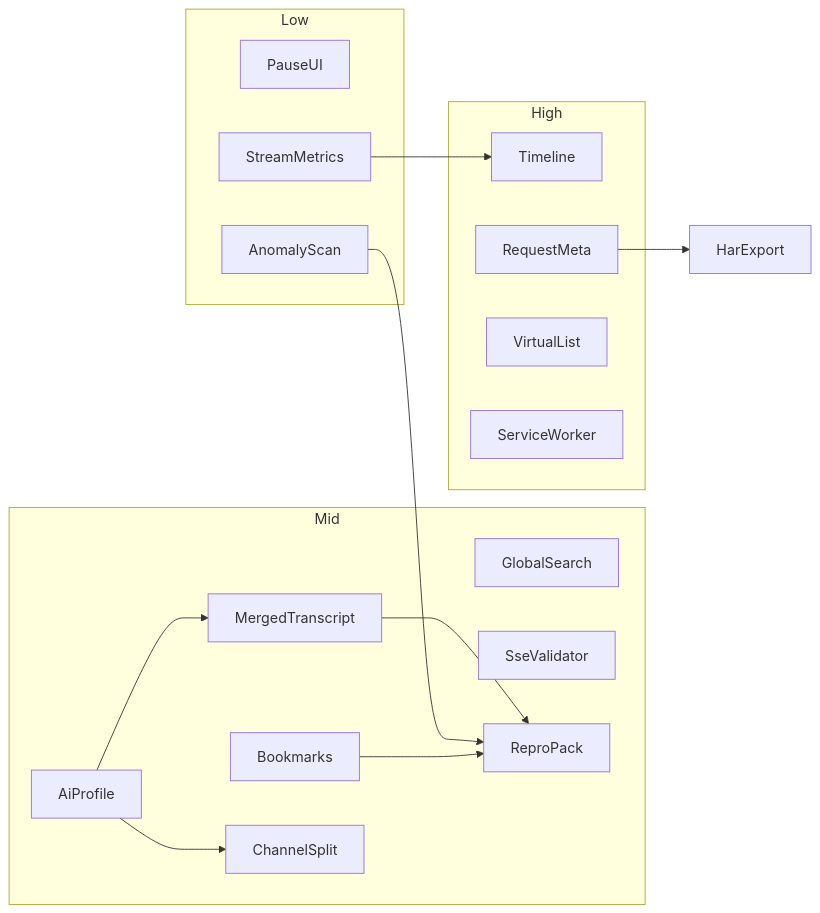
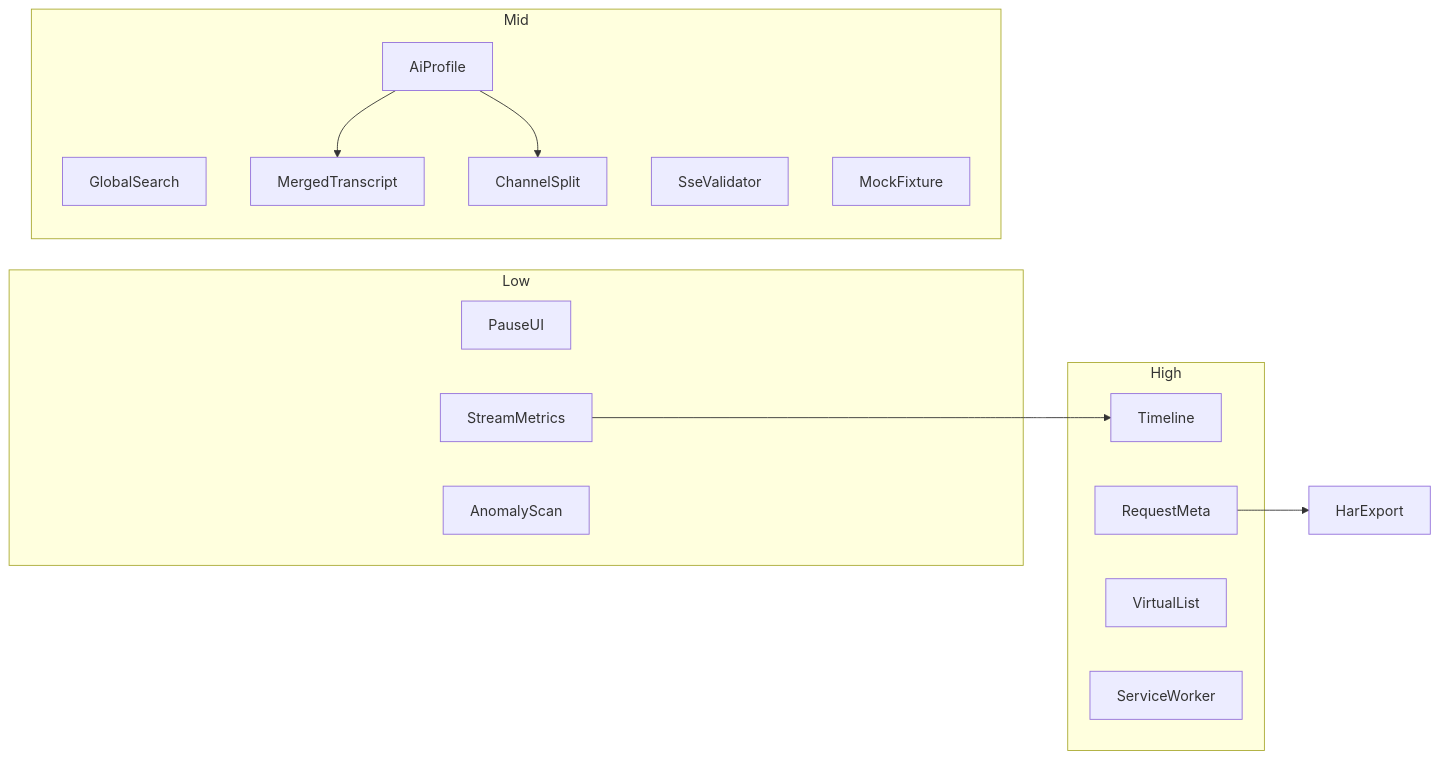
Before and after one commit to FatMii/sse-devtools-panel: the diagram in b-features_difficulty_plan_bb466df4plan.md, drawn with Mermaid. The commit also changed other lines of this file and 9 other files, not shown here.

````diff
--- a/b-features_difficulty_plan_bb466df4plan.md
+++ b/b-features_difficulty_plan_bb466df4plan.md
@@ -62,30 +60,26 @@
 ```mermaid
 flowchart LR
   subgraph easy [Low]
     Pause[PauseUI]
     Metrics[StreamMetrics]
     Anomaly[AnomalyScan]
   end
   subgraph mid [Mid]
     GlobalSearch[GlobalSearch]
-    Notes[Bookmarks]
     Merge[MergedTranscript]
     Profile[AiProfile]
     Channels[ChannelSplit]
     Spec[SseValidator]
-    Pack[ReproPack]
+    Fixture[MockFixture]
   end
   subgraph hard [High]
     Timeline[Timeline]
     Req[RequestMeta]
     Virtual[VirtualList]
     SW[ServiceWorker]
   end
   Profile --> Merge
   Profile --> Channels
   Metrics --> Timeline
-  Merge --> Pack
-  Anomaly --> Pack
-  Notes --> Pack
   Req --> HAR[HarExport]
 ```
````
